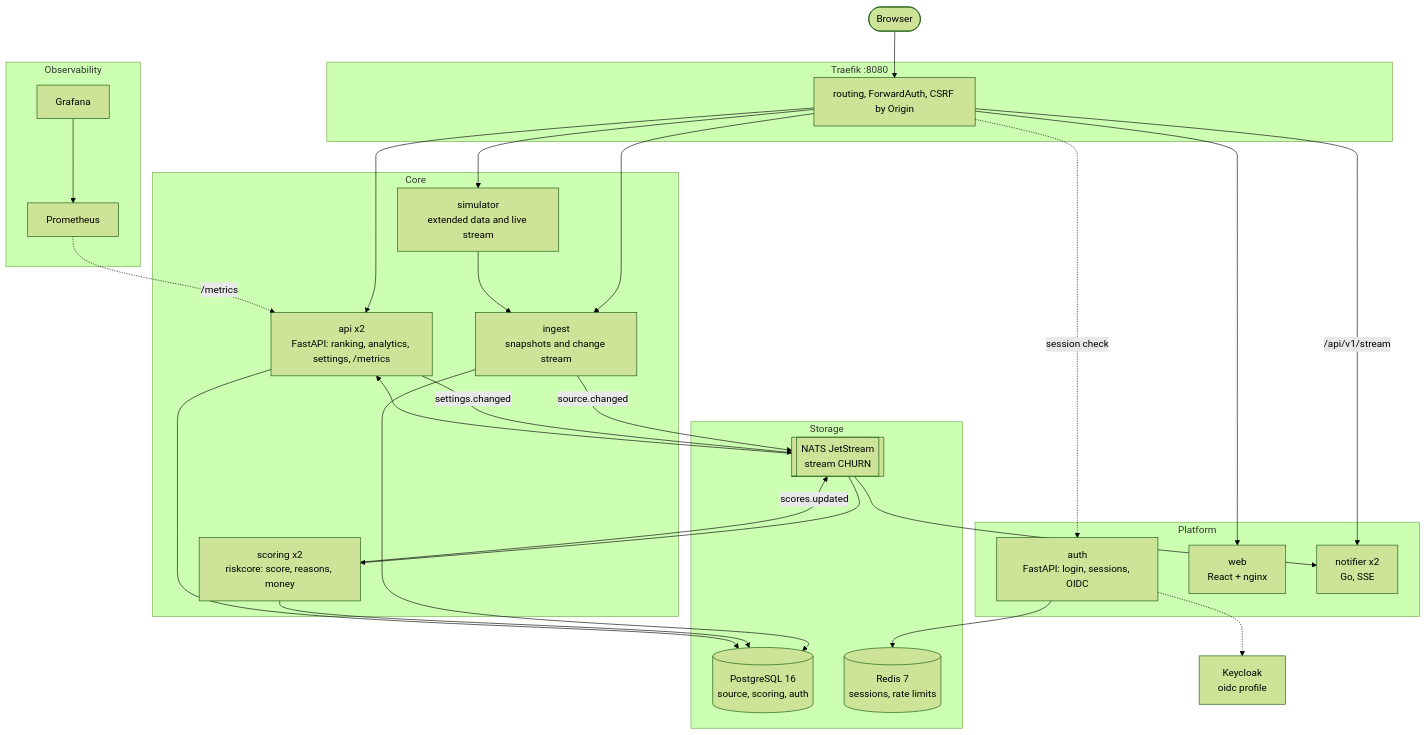
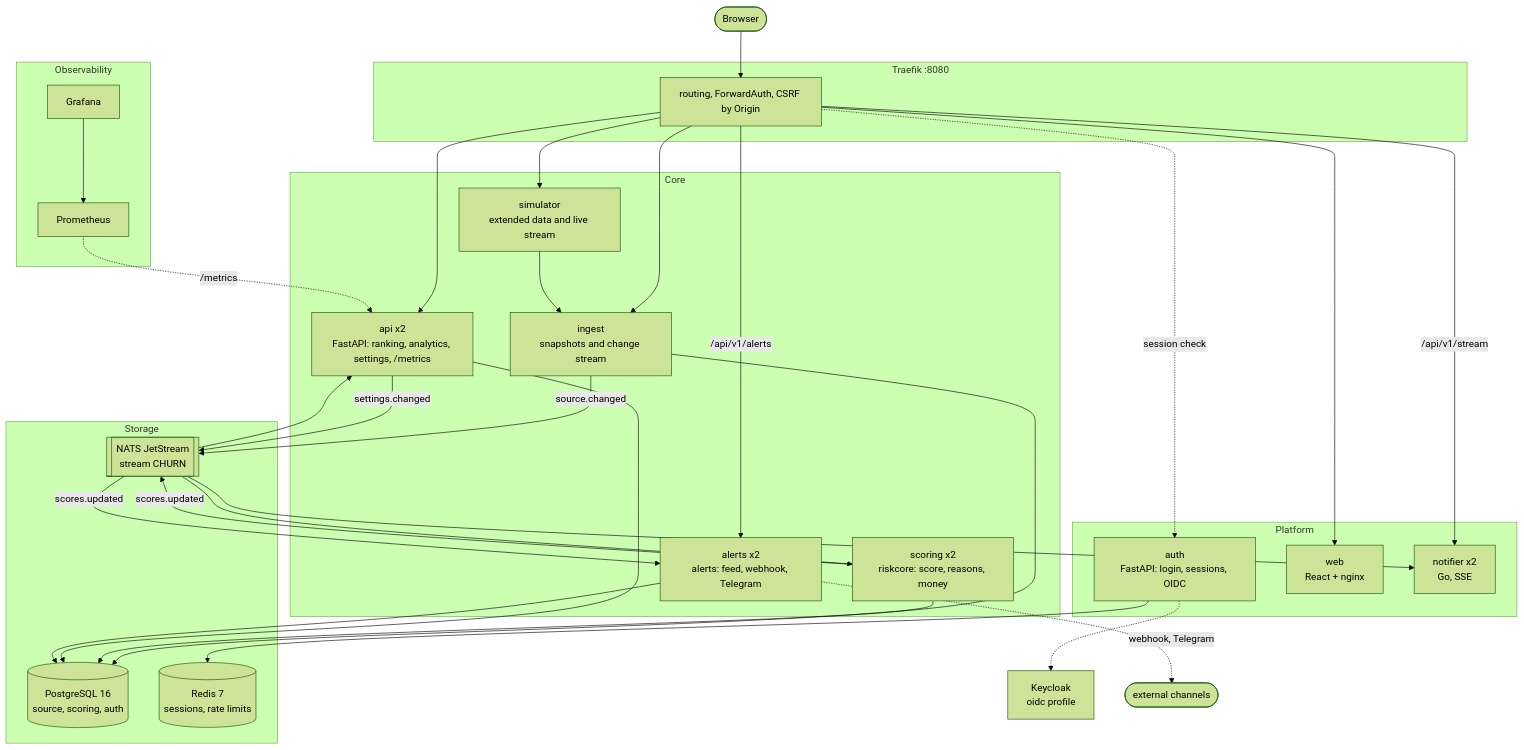
The diagram in README.en.md (dimon0804/ChurnRadar), drawn with Mermaid (forest theme) before and after one commit. The commit also changed other lines of this file and 3 other files, not shown here.

First line of the commit message:
docs: оповещения в README и схеме архитектуры

````diff
--- a/README.en.md
+++ b/README.en.md
@@ -169,56 +170,61 @@
 ```mermaid
 flowchart TB
     browser(["Browser"])
 
     subgraph gw["Traefik :8080"]
         traefik["routing, ForwardAuth, CSRF by Origin"]
     end
 
     subgraph platform["Platform"]
         auth["auth<br/>FastAPI: login, sessions, OIDC"]
         web["web<br/>React + nginx"]
         notifier["notifier x2<br/>Go, SSE"]
     end
 
     subgraph core["Core"]
         api["api x2<br/>FastAPI: ranking, analytics, settings, /metrics"]
         ingest["ingest<br/>snapshots and change stream"]
         scoring["scoring x2<br/>riskcore: score, reasons, money"]
         simulator["simulator<br/>extended data and live stream"]
+        alerts["alerts x2<br/>alerts: feed, webhook, Telegram"]
     end
 
     subgraph data["Storage"]
         pg[("PostgreSQL 16<br/>source, scoring, auth")]
         redis[("Redis 7<br/>sessions, rate limits")]
         nats[["NATS JetStream<br/>stream CHURN"]]
     end
 
     subgraph obs["Observability"]
         prom["Prometheus"]
         graf["Grafana"]
     end
 
     keycloak["Keycloak<br/>oidc profile"]
 
     browser --> traefik
     traefik -. "session check" .-> auth
     traefik --> web
     traefik --> api
     traefik --> ingest
     traefik --> simulator
     traefik -- "/api/v1/stream" --> notifier
     auth --> redis
     auth -.-> keycloak
     simulator --> ingest
     ingest --> pg
     ingest -- "source.changed" --> nats
     api -- "settings.changed" --> nats
     nats --> scoring
     scoring --> pg
     scoring -- "scores.updated" --> nats
     nats --> notifier
     nats --> api
     api --> pg
+    traefik -- "/api/v1/alerts" --> alerts
+    nats -- "scores.updated" --> alerts
+    alerts --> pg
+    alerts -. "webhook, Telegram" .-> outside(["external channels"])
     prom -. "/metrics" .-> api
     graf --> prom
 ```
````
